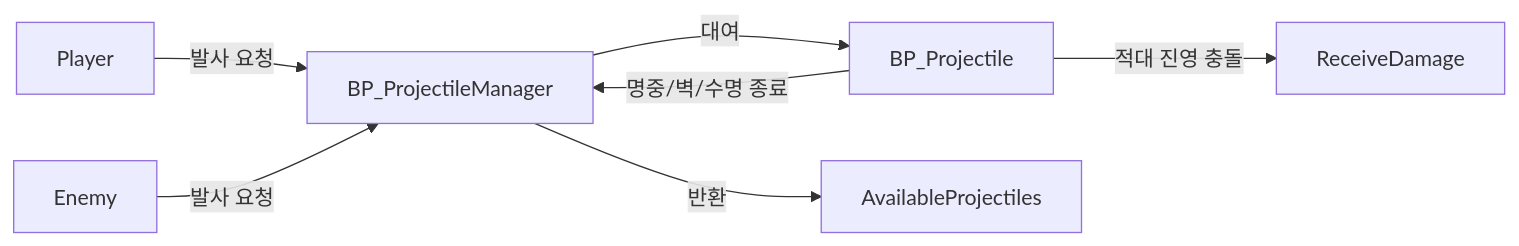
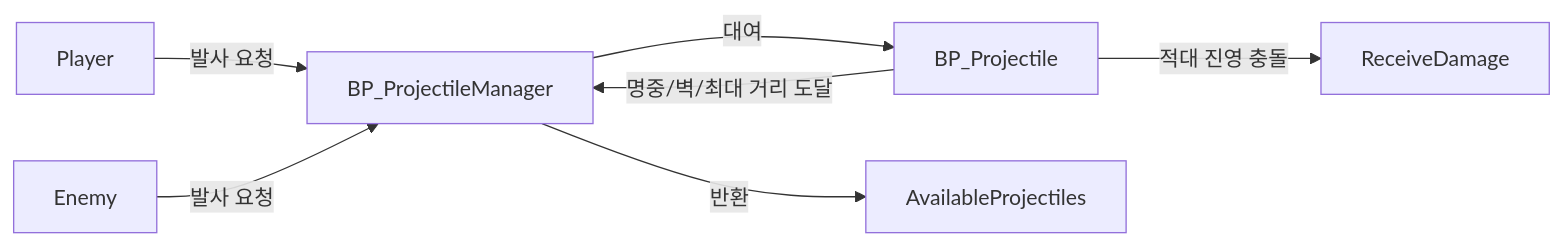
The diagram in Docs/BlueprintSnippets/GenericProjectilePoolingSystem.md (SeoHwiDo/Runner_Demo), drawn with Mermaid before and after one commit. The commit also changed other lines of this file and 4 other files, not shown here.

````diff
--- a/Docs/BlueprintSnippets/GenericProjectilePoolingSystem.md
+++ b/Docs/BlueprintSnippets/GenericProjectilePoolingSystem.md
@@ -25,9 +41,9 @@
 ```mermaid
 flowchart LR
   Player[Player] -->|발사 요청| Manager[BP_ProjectileManager]
   Enemy[Enemy] -->|발사 요청| Manager
   Manager -->|대여| Projectile[BP_Projectile]
   Projectile -->|적대 진영 충돌| Damage[ReceiveDamage]
-  Projectile -->|명중/벽/수명 종료| Manager
+  Projectile -->|명중/벽/최대 거리 도달| Manager
   Manager -->|반환| Pool[AvailableProjectiles]
 ```
````
